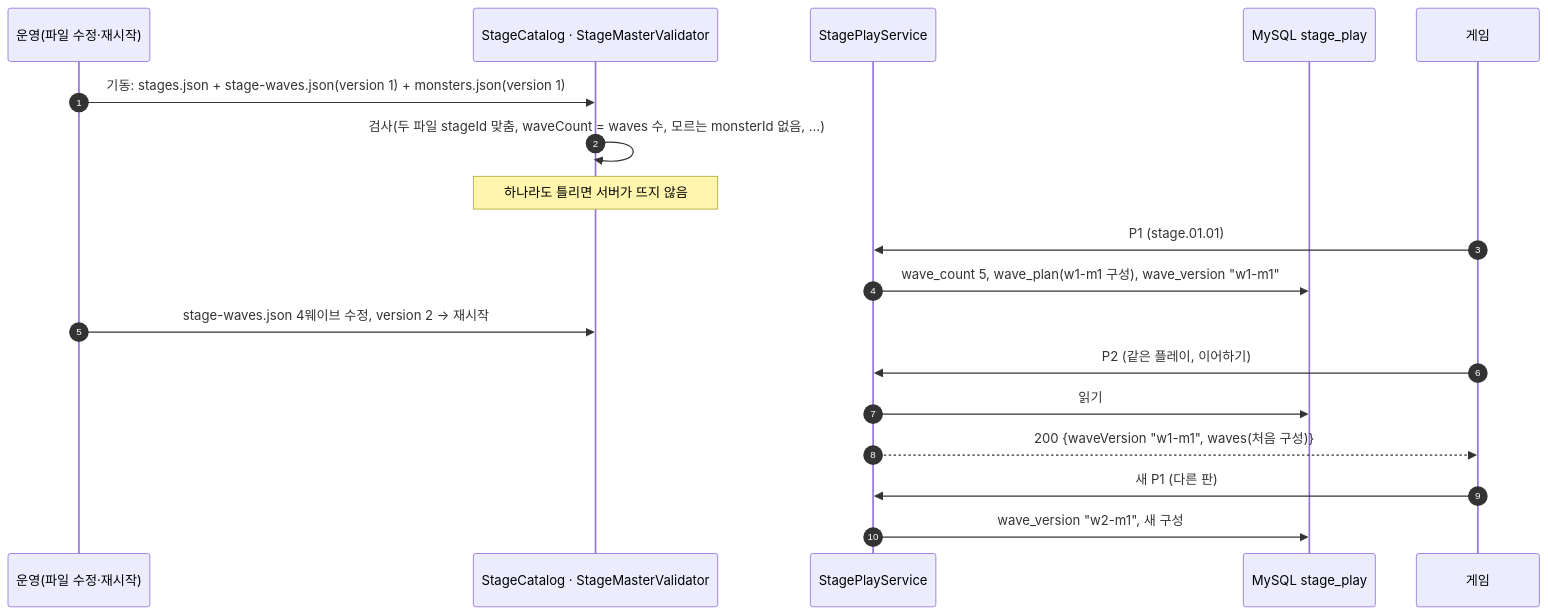
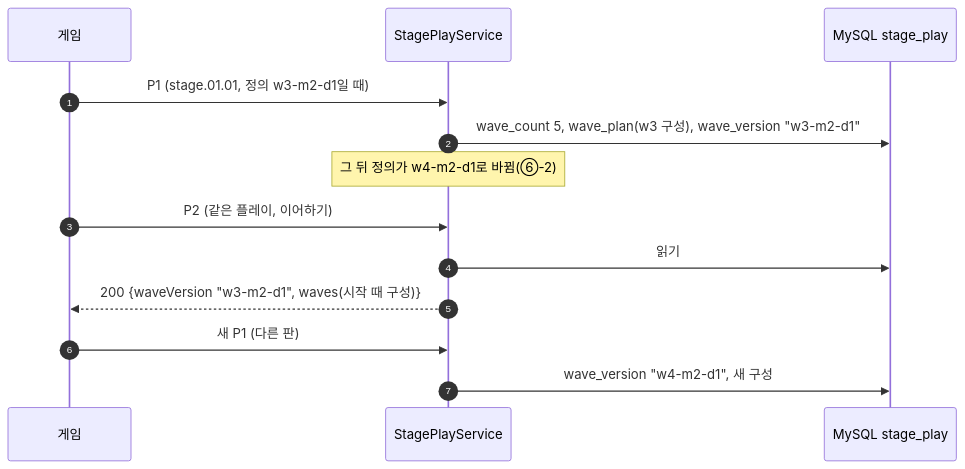
One commit to NBCGameServerCamp09Team01/PW01 changed the tenth of 13 diagrams in docs/flows/server-wave.md. Above: the diagram before and after it, drawn with Mermaid. The commit also changed other lines of this file and 4 other files, not shown here.

First line of the commit message:
docs: 웨이브 정의 S3 원본과 재시작 없는 바꾸기 명세(stage-api v1.5)

````diff
--- a/docs/flows/server-wave.md
+++ b/docs/flows/server-wave.md
@@ -163,21 +258,16 @@
 ```mermaid
 sequenceDiagram
   autonumber
-  participant OP as 운영(파일 수정·재시작)
-  participant CAT as StageCatalog · StageMasterValidator
+  participant G as 게임
   participant SPS as StagePlayService
   participant DB as MySQL stage_play
-  participant G as 게임
 
-  OP->>CAT: 기동: stages.json + stage-waves.json(version 1) + monsters.json(version 1)
-  CAT->>CAT: 검사(두 파일 stageId 맞춤, waveCount = waves 수, 모르는 monsterId 없음, …)
-  Note over CAT: 하나라도 틀리면 서버가 뜨지 않음
-  G->>SPS: P1 (stage.01.01)
-  SPS->>DB: wave_count 5, wave_plan(w1-m1 구성), wave_version "w1-m1"
-  OP->>CAT: stage-waves.json 4웨이브 수정, version 2 → 재시작
+  G->>SPS: P1 (stage.01.01, 정의 w3-m2-d1일 때)
+  SPS->>DB: wave_count 5, wave_plan(w3 구성), wave_version "w3-m2-d1"
+  Note over SPS: 그 뒤 정의가 w4-m2-d1로 바뀜(⑥-2)
   G->>SPS: P2 (같은 플레이, 이어하기)
   SPS->>DB: 읽기
-  SPS-->>G: 200 {waveVersion "w1-m1", waves(처음 구성)}
+  SPS-->>G: 200 {waveVersion "w3-m2-d1", waves(시작 때 구성)}
   G->>SPS: 새 P1 (다른 판)
-  SPS->>DB: wave_version "w2-m1", 새 구성
+  SPS->>DB: wave_version "w4-m2-d1", 새 구성
 ```
````
